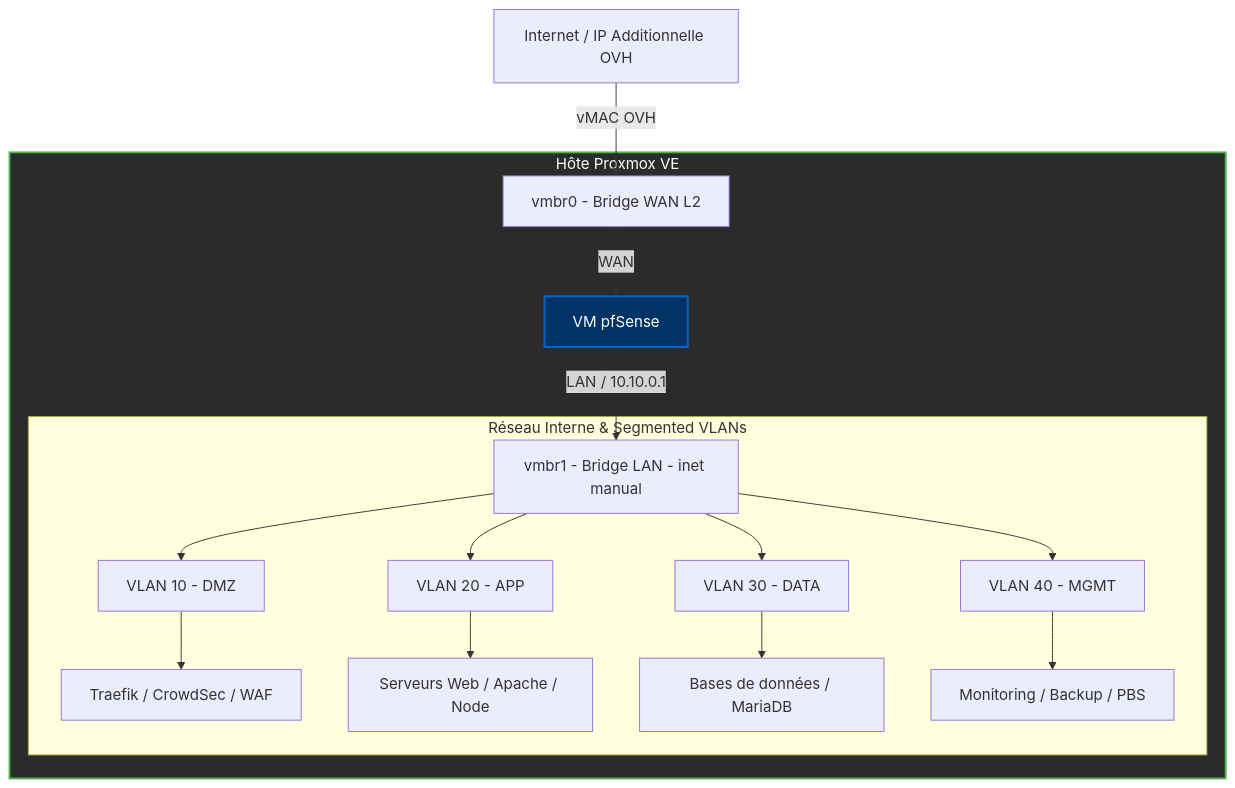
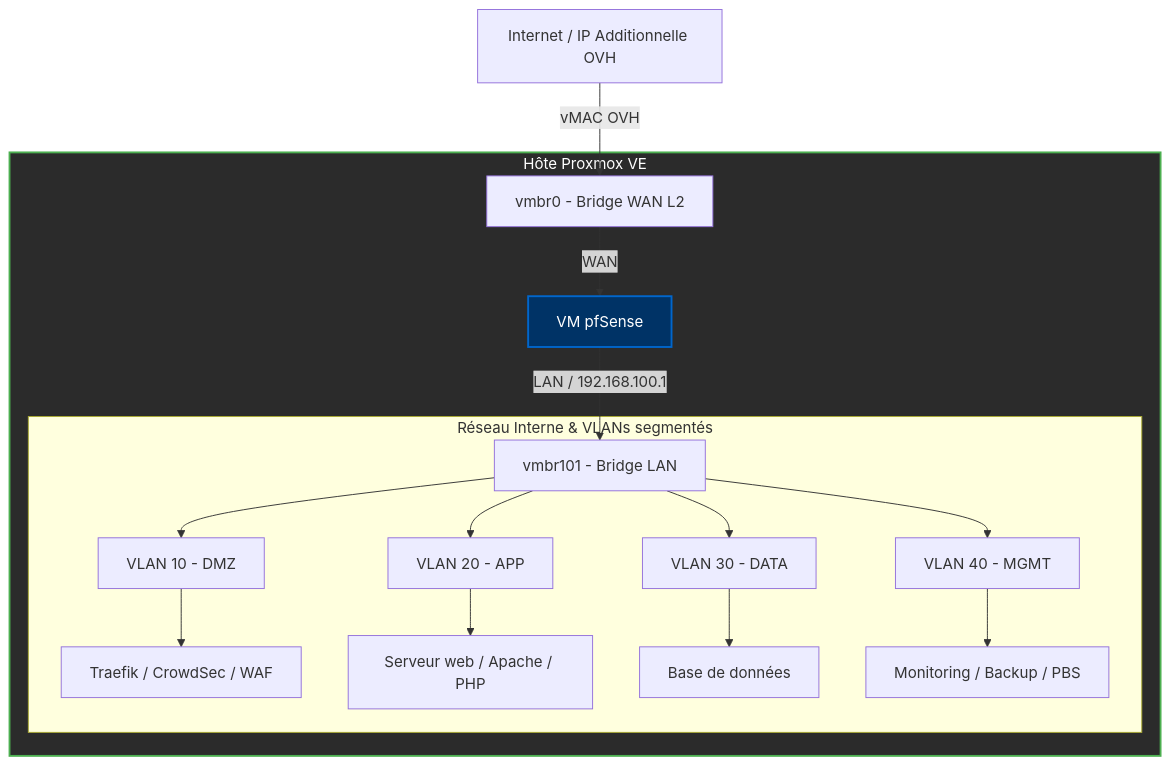
The diagram in README.md (chellala-cloud/homelab-infra-ovh), drawn with Mermaid before and after one commit. The commit also changed other lines of this file and 5 other files, not shown here.

````diff
--- a/README.md
+++ b/README.md
@@ -15,26 +17,26 @@
 ```mermaid
 graph TD
     Internet[Internet / IP Additionnelle OVH] -->|vMAC OVH| VMBR0[vmbr0 - Bridge WAN L2]
 
     subgraph Proxmox [Hôte Proxmox VE]
         VMBR0 -->|WAN| PFSENSE[VM pfSense]
-        PFSENSE -->|LAN / 10.10.0.1| VMBR1[vmbr1 - Bridge LAN - inet manual]
+        PFSENSE -->|LAN / 192.168.100.1| VMBR101[vmbr101 - Bridge LAN]
 
-        subgraph Network_Segmentation [Réseau Interne & Segmented VLANs]
-            VMBR1 --> VLAN10[VLAN 10 - DMZ]
-            VMBR1 --> VLAN20[VLAN 20 - APP]
-            VMBR1 --> VLAN30[VLAN 30 - DATA]
-            VMBR1 --> VLAN40[VLAN 40 - MGMT]
+        subgraph Network_Segmentation [Réseau Interne & VLANs segmentés]
+            VMBR101 --> VLAN10[VLAN 10 - DMZ]
+            VMBR101 --> VLAN20[VLAN 20 - APP]
+            VMBR101 --> VLAN30[VLAN 30 - DATA]
+            VMBR101 --> VLAN40[VLAN 40 - MGMT]
 
             VLAN10 --> DMZ_Stack[Traefik / CrowdSec / WAF]
-            VLAN20 --> APP_Stack[Serveurs Web / Apache / Node]
-            VLAN30 --> DATA_Stack[Bases de données / MariaDB]
+            VLAN20 --> APP_Stack[Serveur web / Apache / PHP]
+            VLAN30 --> DATA_Stack[Base de données]
             VLAN40 --> MGMT_Stack[Monitoring / Backup / PBS]
         end
     end
 
     classDef host fill:#2b2b2b,stroke:#4caf50,stroke-width:2px,color:#fff;
     classDef router fill:#003366,stroke:#0066cc,stroke-width:2px,color:#fff;
     class Proxmox host;
     class PFSENSE router;
 ```
````
